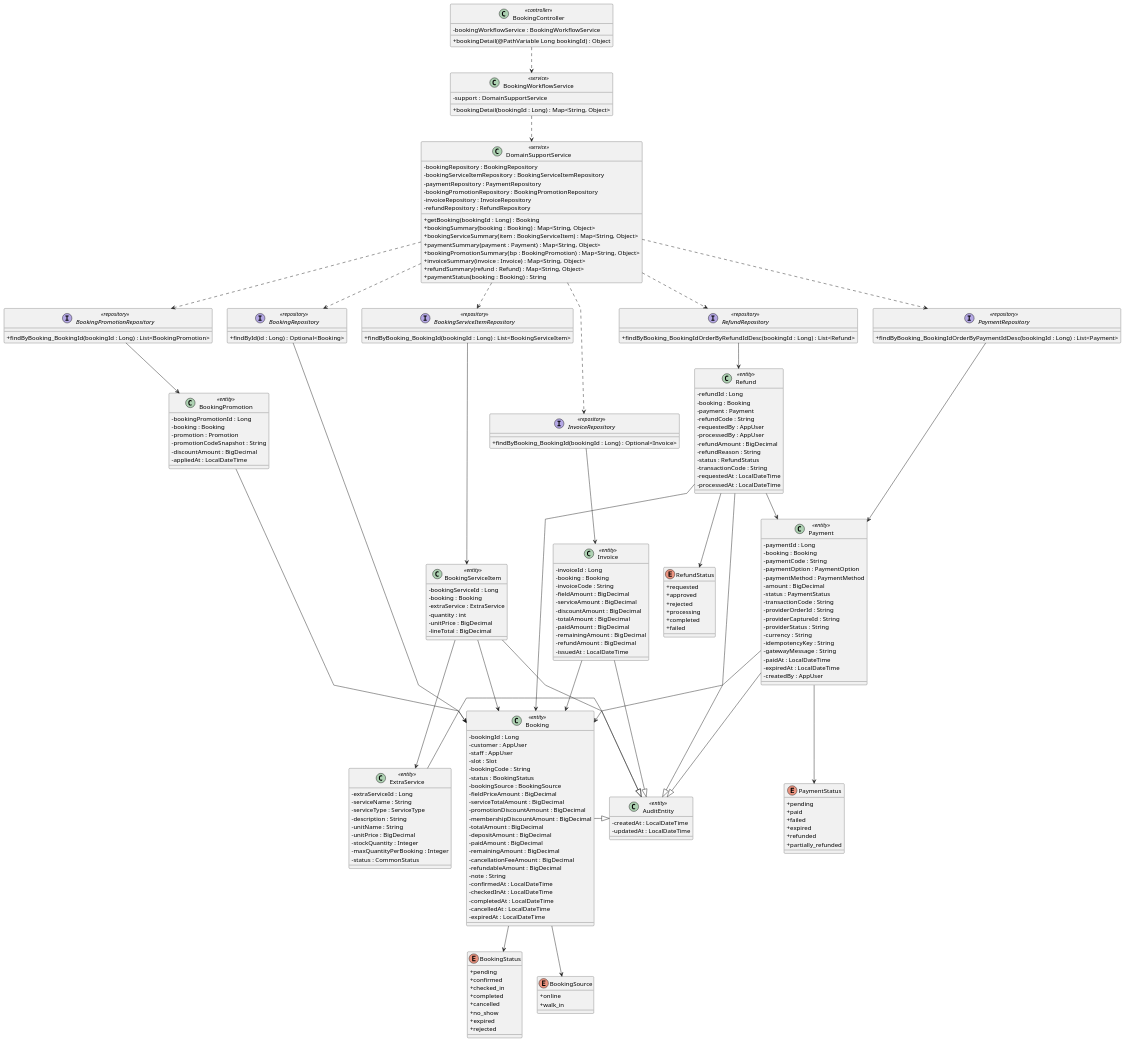
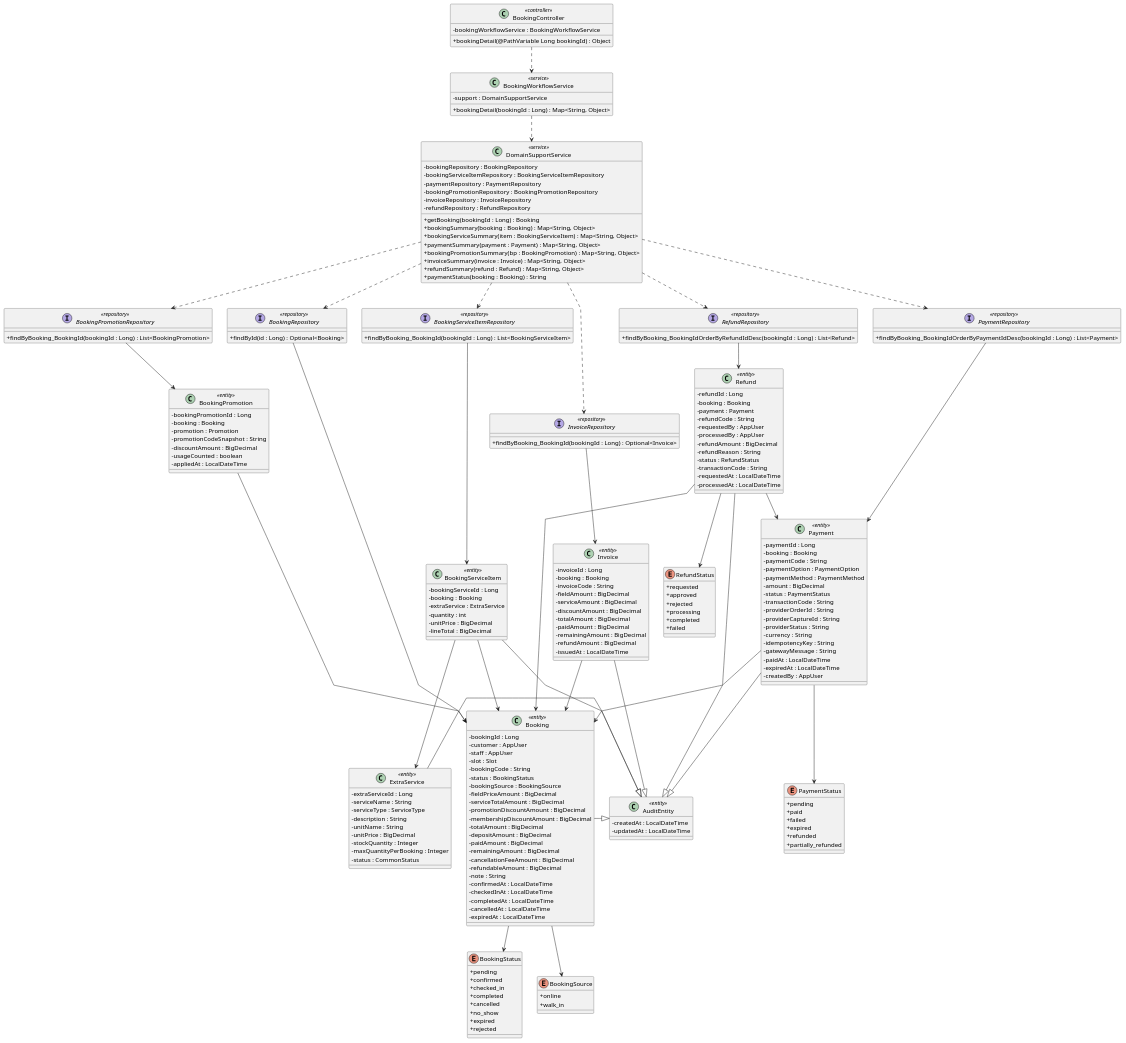
Before and after one commit to maxwell1904/SWP391_G3: the diagram in docs/Class Diagram/view-booking-detail.puml, drawn with PlantUML. The commit also changed 292 other files, not shown here.

Commit message:
align retake scope and product flows

```diff
--- a/docs/Class Diagram/view-booking-detail.puml
+++ b/docs/Class Diagram/view-booking-detail.puml
@@ -123,6 +123,7 @@
     -promotion : Promotion
     -promotionCodeSnapshot : String
     -discountAmount : BigDecimal
+    -usageCounted : boolean
     -appliedAt : LocalDateTime
 }
 
```
